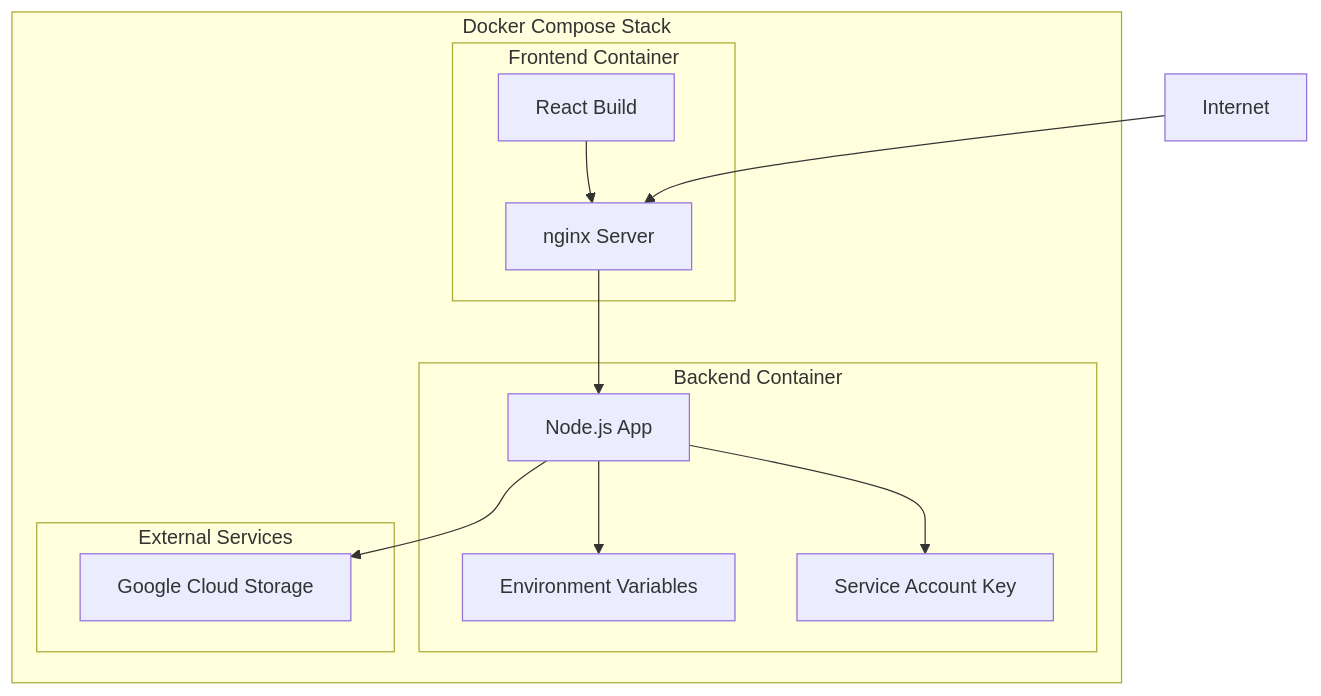
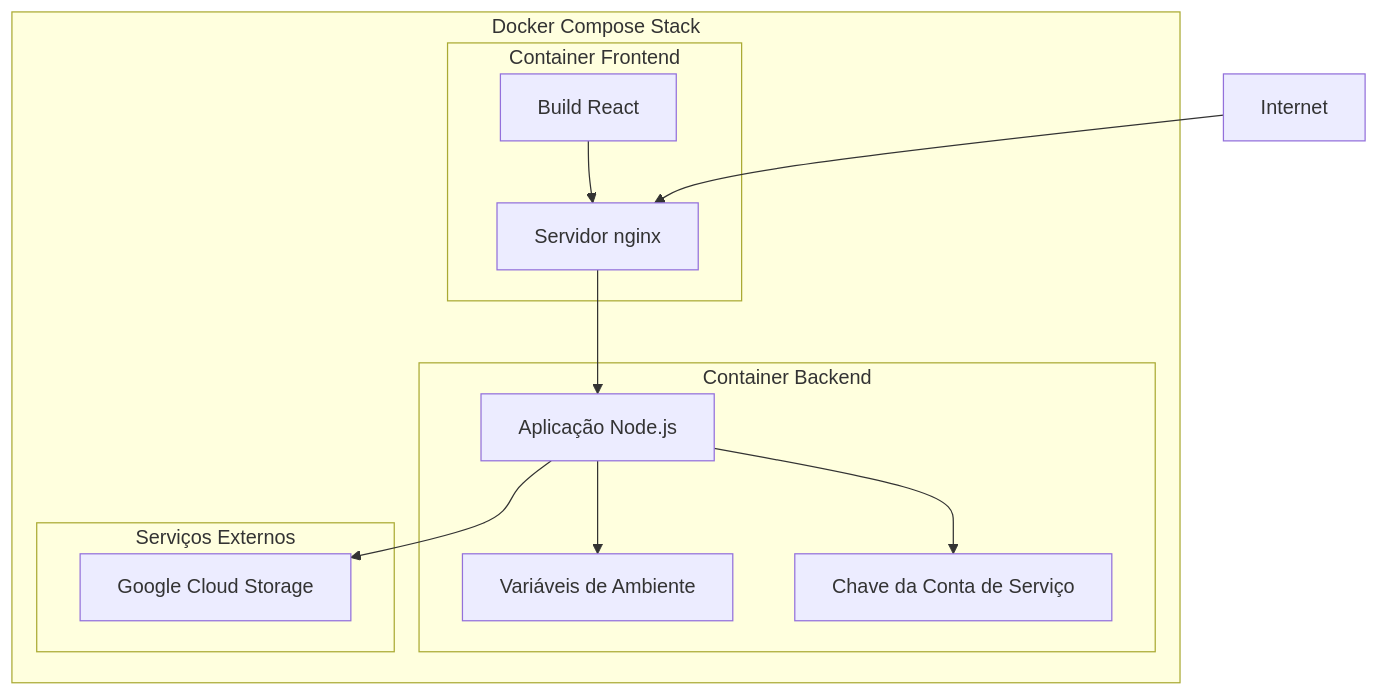
One commit to igorgcampos/dreamy-file-garden changed the diagram in docs/deployment.md. Above: the diagram before and after it, drawn with Mermaid. The commit also changed other lines of this file and 12 other files, not shown here.

````diff
--- a/docs/deployment.md
+++ b/docs/deployment.md
@@ -15,27 +15,27 @@
 ```mermaid
 graph TB
     subgraph "Docker Compose Stack"
-        subgraph "Frontend Container"
-            F[React Build]
-            N[nginx Server]
+        subgraph "Container Frontend"
+            F[Build React]
+            N[Servidor nginx]
             F --> N
         end
         
-        subgraph "Backend Container" 
-            B[Node.js App]
-            E[Environment Variables]
-            K[Service Account Key]
+        subgraph "Container Backend" 
+            B[Aplicação Node.js]
+            E[Variáveis de Ambiente]
+            K[Chave da Conta de Serviço]
             B --> E
             B --> K
         end
         
-        subgraph "External Services"
+        subgraph "Serviços Externos"
             GCS[Google Cloud Storage]
         end
         
         N --> B
         B --> GCS
     end
     
     Internet --> N
 ```
````
